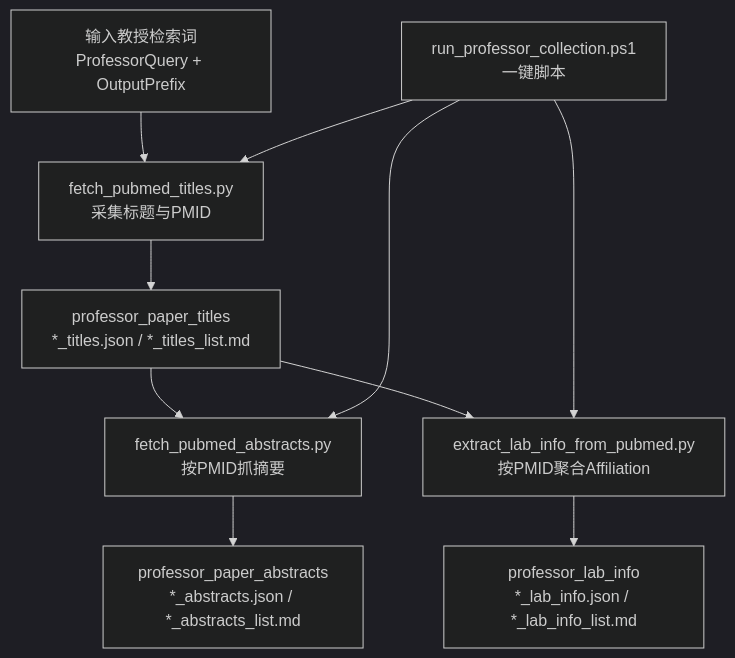
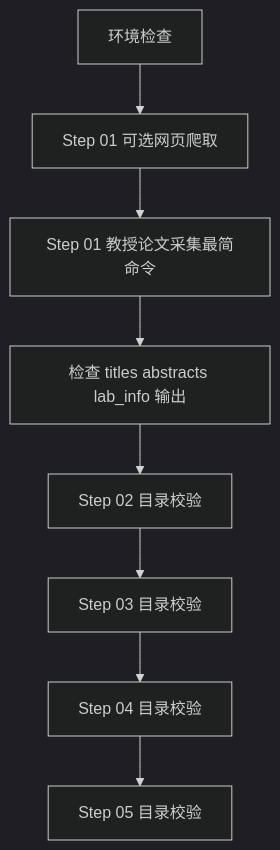
One commit to 12345-user/DataCollectionProject changed the diagram in README.md. Above: the diagram before and after it, drawn with Mermaid (dark theme). The commit also changed other lines of this file and 22 other files, not shown here.

First line of the commit message:
refine professor collection flow and README

````diff
--- a/README.md
+++ b/README.md
@@ -276,12 +80,10 @@
 ```mermaid
 flowchart TD
-    A[输入教授检索词<br/>ProfessorQuery + OutputPrefix] --> B[fetch_pubmed_titles.py<br/>采集标题与PMID]
-    B --> C[professor_paper_titles<br/>*_titles.json / *_titles_list.md]
-    C --> D[fetch_pubmed_abstracts.py<br/>按PMID抓摘要]
-    C --> E[extract_lab_info_from_pubmed.py<br/>按PMID聚合Affiliation]
-    D --> F[professor_paper_abstracts<br/>*_abstracts.json / *_abstracts_list.md]
-    E --> G[professor_lab_info<br/>*_lab_info.json / *_lab_info_list.md]
-    H[run_professor_collection.ps1<br/>一键脚本] --> B
-    H --> D
-    H --> E
+    A[环境检查] --> B[Step 01 可选网页爬取]
+    B --> C[Step 01 教授论文采集最简命令]
+    C --> D[检查 titles abstracts lab_info 输出]
+    D --> E[Step 02 目录校验]
+    E --> F[Step 03 目录校验]
+    F --> G[Step 04 目录校验]
+    G --> H[Step 05 目录校验]
 ```
````
